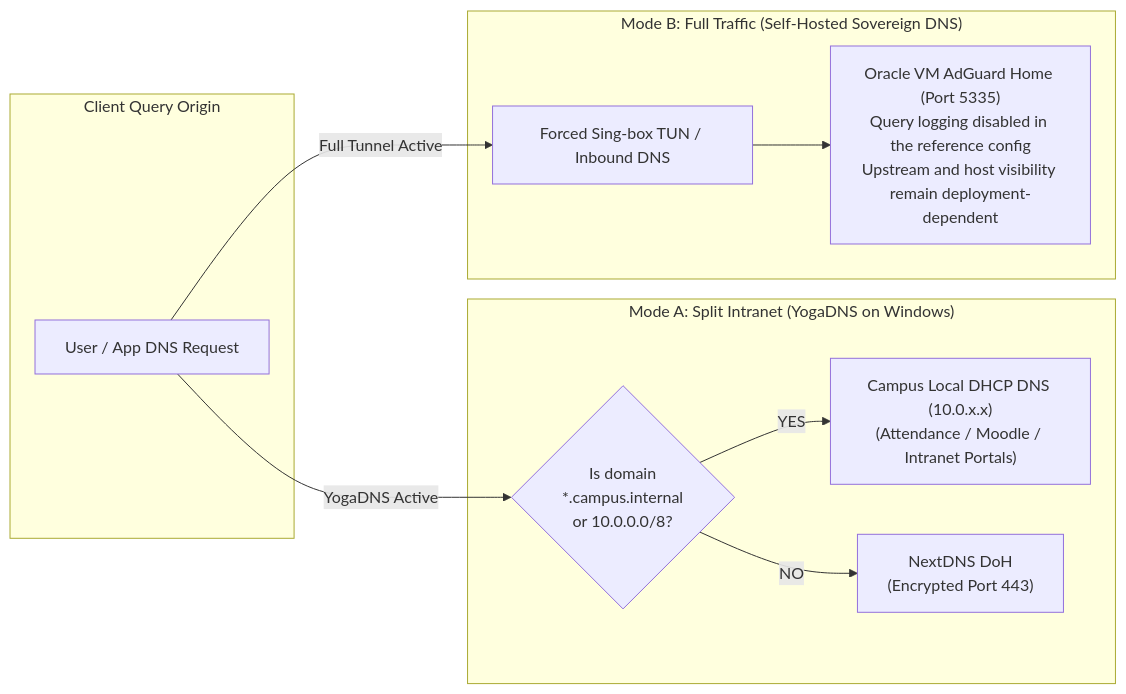
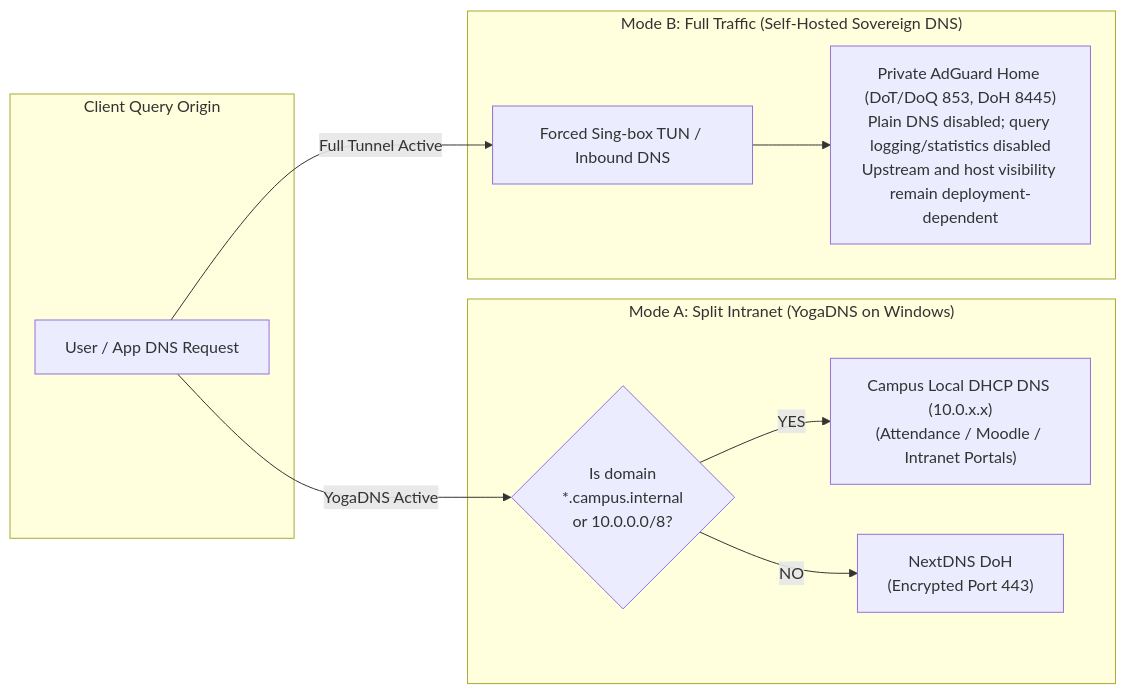
One commit to harsh593-boop/sovereign-fortress changed the second of 3 diagrams in README.md. Above: the diagram before and after it, drawn with Mermaid. The commit also changed other lines of this file and 19 other files, not shown here.

Commit message:
Enable private encrypted DNS and automatic security updates

````diff
--- a/README.md
+++ b/README.md
@@ -114,24 +117,24 @@
 ```mermaid
 flowchart LR
     subgraph QueryOrigin["Client Query Origin"]
         AppQuery["User / App DNS Request"]
     end
 
     subgraph ModeA["Mode A: Split Intranet (YogaDNS on Windows)"]
         IntranetMatch{"Is domain\n*.campus.internal\nor 10.0.0.0/8?"}
         CampusDNS["Campus Local DHCP DNS (10.0.x.x)\n(Attendance / Moodle / Intranet Portals)"]
         YogaDoH["NextDNS DoH\n(Encrypted Port 443)"]
     end
 
     subgraph ModeB["Mode B: Full Traffic (Self-Hosted Sovereign DNS)"]
         TunnelDNS["Forced Sing-box TUN / Inbound DNS"]
-        LocalAdGuard["Oracle VM AdGuard Home (Port 5335)\nQuery logging disabled in the reference config\nUpstream and host visibility remain deployment-dependent"]
+        LocalAdGuard["Private AdGuard Home (DoT/DoQ 853, DoH 8445)\nPlain DNS disabled; query logging/statistics disabled\nUpstream and host visibility remain deployment-dependent"]
     end
 
     AppQuery -->|YogaDNS Active| IntranetMatch
     IntranetMatch -->|YES| CampusDNS
     IntranetMatch -->|NO| YogaDoH
 
     AppQuery -->|Full Tunnel Active| TunnelDNS
     TunnelDNS --> LocalAdGuard
 ```
````
